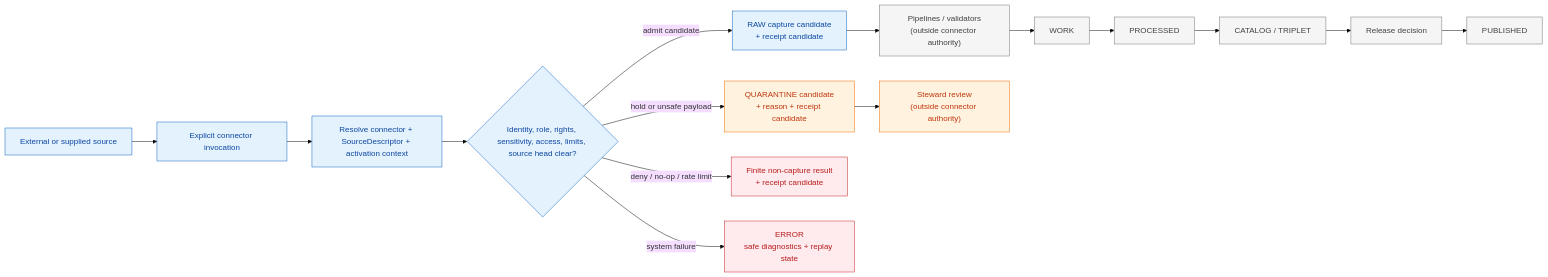
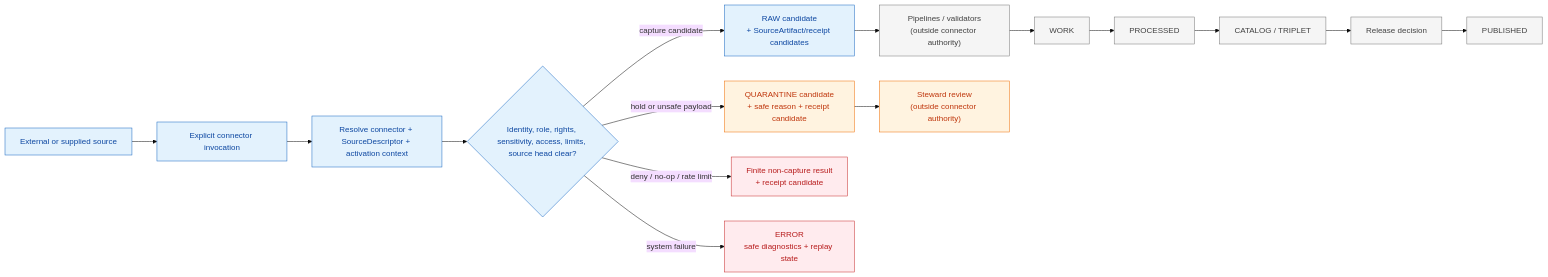
One commit to bartytime4life/Kansas-Frontier-Matrix changed the diagram in connectors/README.md. Above: the diagram before and after it, drawn with Mermaid (base theme). The commit also changed other lines of this file, not shown here.

````diff
--- a/connectors/README.md
+++ b/connectors/README.md
@@ -505,27 +670,27 @@
 ```mermaid
 flowchart LR
     EXT["External or supplied source"] --> INV["Explicit connector invocation"]
     INV --> ID["Resolve connector + SourceDescriptor + activation context"]
     ID --> GATE{"Identity, role, rights, sensitivity, access, limits, source head clear?"}
-    GATE -->|admit candidate| RAW["RAW capture candidate<br/>+ receipt candidate"]
-    GATE -->|hold or unsafe payload| QUAR["QUARANTINE candidate<br/>+ reason + receipt candidate"]
+    GATE -->|capture candidate| RAW["RAW candidate<br/>+ SourceArtifact/receipt candidates"]
+    GATE -->|hold or unsafe payload| QUAR["QUARANTINE candidate<br/>+ safe reason + receipt candidate"]
     GATE -->|deny / no-op / rate limit| STOP["Finite non-capture result<br/>+ receipt candidate"]
     GATE -->|system failure| ERR["ERROR<br/>safe diagnostics + replay state"]
 
     RAW --> PIPE["Pipelines / validators<br/>(outside connector authority)"]
     QUAR --> REVIEW["Steward review<br/>(outside connector authority)"]
     PIPE --> WORK["WORK"]
     WORK --> PROC["PROCESSED"]
     PROC --> CAT["CATALOG / TRIPLET"]
     CAT --> REL["Release decision"]
     REL --> PUB["PUBLISHED"]
 
     classDef connector fill:#e3f2fd,stroke:#1565c0,color:#0d47a1
     classDef hold fill:#fff3e0,stroke:#ef6c00,color:#bf360c
     classDef deny fill:#ffebee,stroke:#c62828,color:#b71c1c
     classDef downstream fill:#f5f5f5,stroke:#757575,color:#424242
     class EXT,INV,ID,GATE,RAW connector
     class QUAR,REVIEW hold
     class STOP,ERR deny
     class PIPE,WORK,PROC,CAT,REL,PUB downstream
 ```
````
